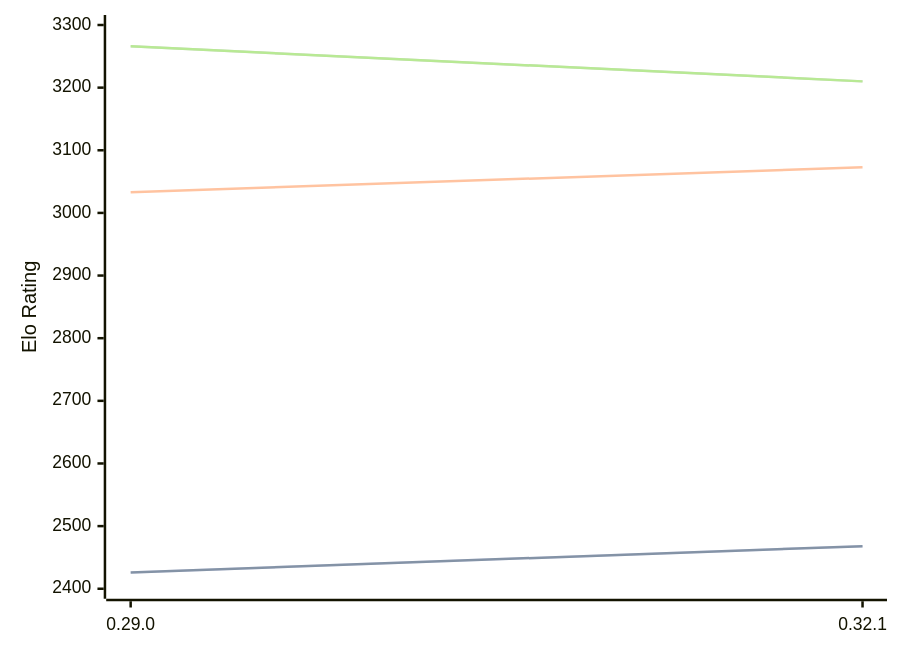
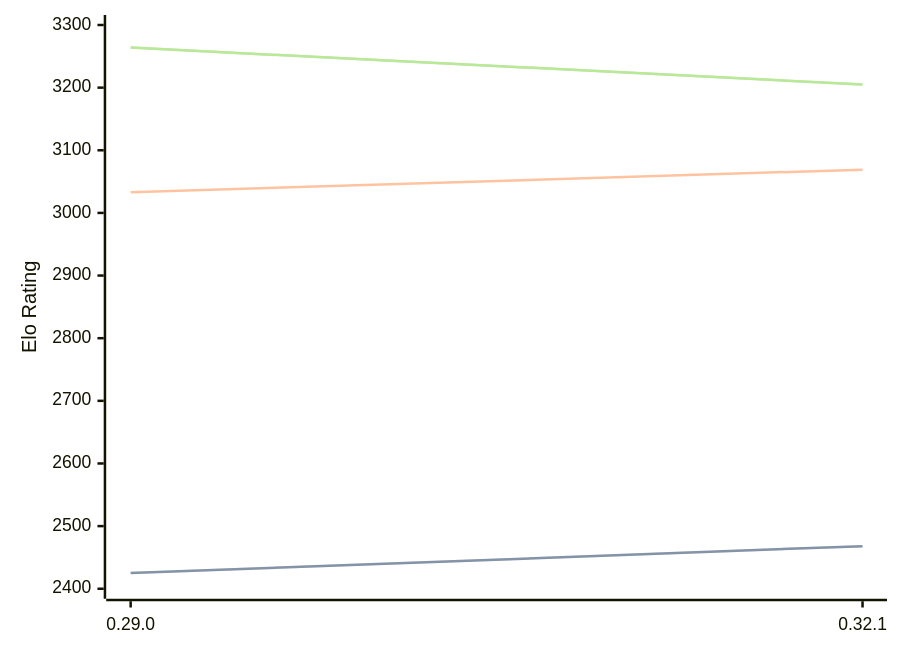
One commit to computer-chess-index/cci changed the diagram in engines/Lc0.md. Above: the diagram before and after it, drawn with Mermaid. The commit also changed other lines of this file, not shown here.

Commit message:
Update CCI Ratings (ELO VLTC) - 2026-03-12

````diff
--- a/engines/Lc0.md
+++ b/engines/Lc0.md
@@ -66,11 +66,11 @@
 ```mermaid
 %%{init: {"theme":"base","themeVariables":{"seriesColors:['#a3a3a3','#222221','#faa371']}}}%%
 xychart-beta
   x-axis ["0.29.0", "0.32.1"]
   y-axis "Elo Rating" 2400 --> 3300
-  line "STC (8.0+0.08s)" [2426, 2468]
-  line "STC (8.0+0.08s)" [2426, 2468]
-  line "LTC (60.0+0.60s)" [3033, 3073]
-  line "VLTC (2m24s+1.12s)" [3266, 3210]
-  line "VLTC (2m24s+1.12s)" [3266, 3210]
+  line "STC (8.0+0.08s)" [2425, 2468]
+  line "STC (8.0+0.08s)" [2425, 2468]
+  line "LTC (60.0+0.60s)" [3033, 3069]
+  line "VLTC (2m24s+1.12s)" [3264, 3205]
+  line "VLTC (2m24s+1.12s)" [3264, 3205]
 ```
````
